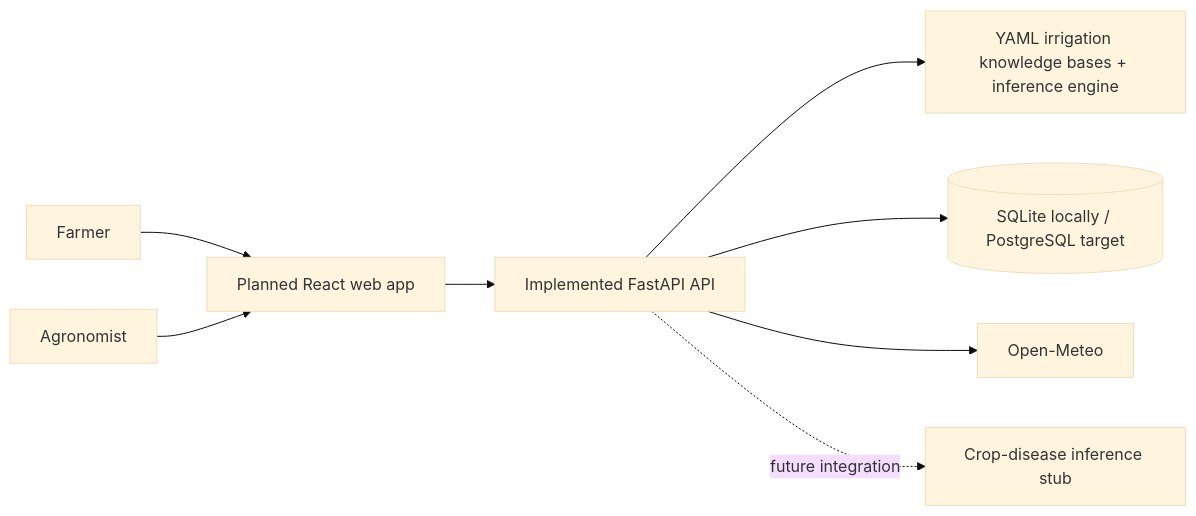
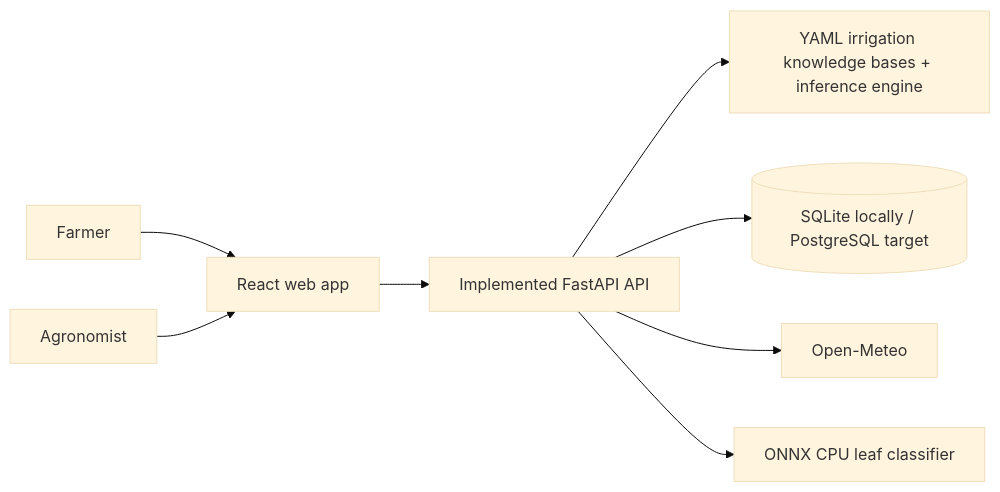
Before and after one commit to sambitkarmakar03/AgriSense: the diagram in README.md, drawn with Mermaid (base theme). The commit also changed other lines of this file and 26 other files, not shown here.

Commit message:
Integrate CPU ONNX disease inference

````diff
--- a/README.md
+++ b/README.md
@@ -21,10 +22,10 @@
 ```mermaid
 flowchart LR
-    Farmer[Farmer] --> Web[Planned React web app]
+    Farmer[Farmer] --> Web[React web app]
     Agronomist[Agronomist] --> Web
     Web --> API[Implemented FastAPI API]
     API --> Rules[YAML irrigation knowledge bases + inference engine]
     API --> DB[(SQLite locally / PostgreSQL target)]
     API --> Weather[Open-Meteo]
-    API -. future integration .-> Disease[Crop-disease inference stub]
+    API --> Disease[ONNX CPU leaf classifier]
 ```
````
